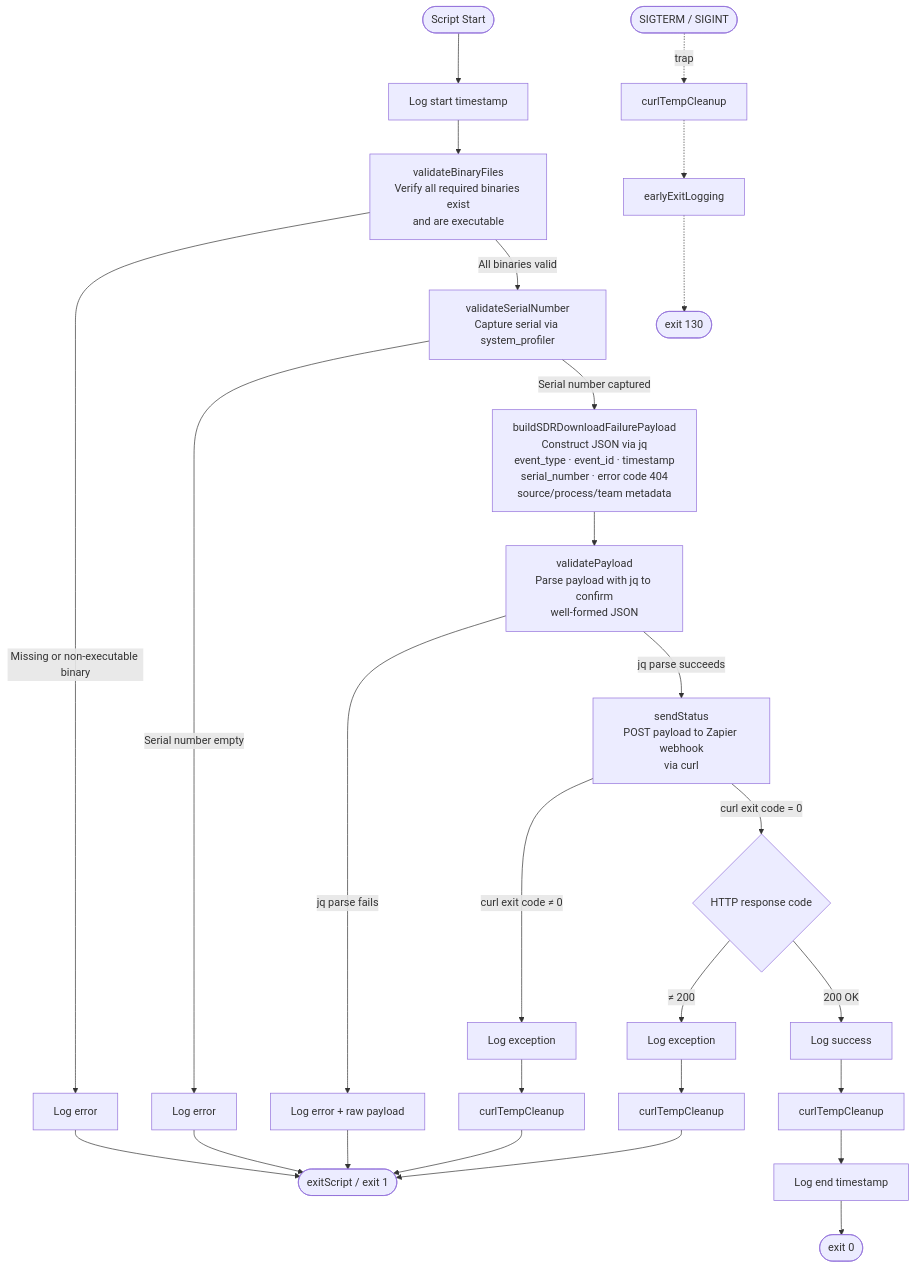
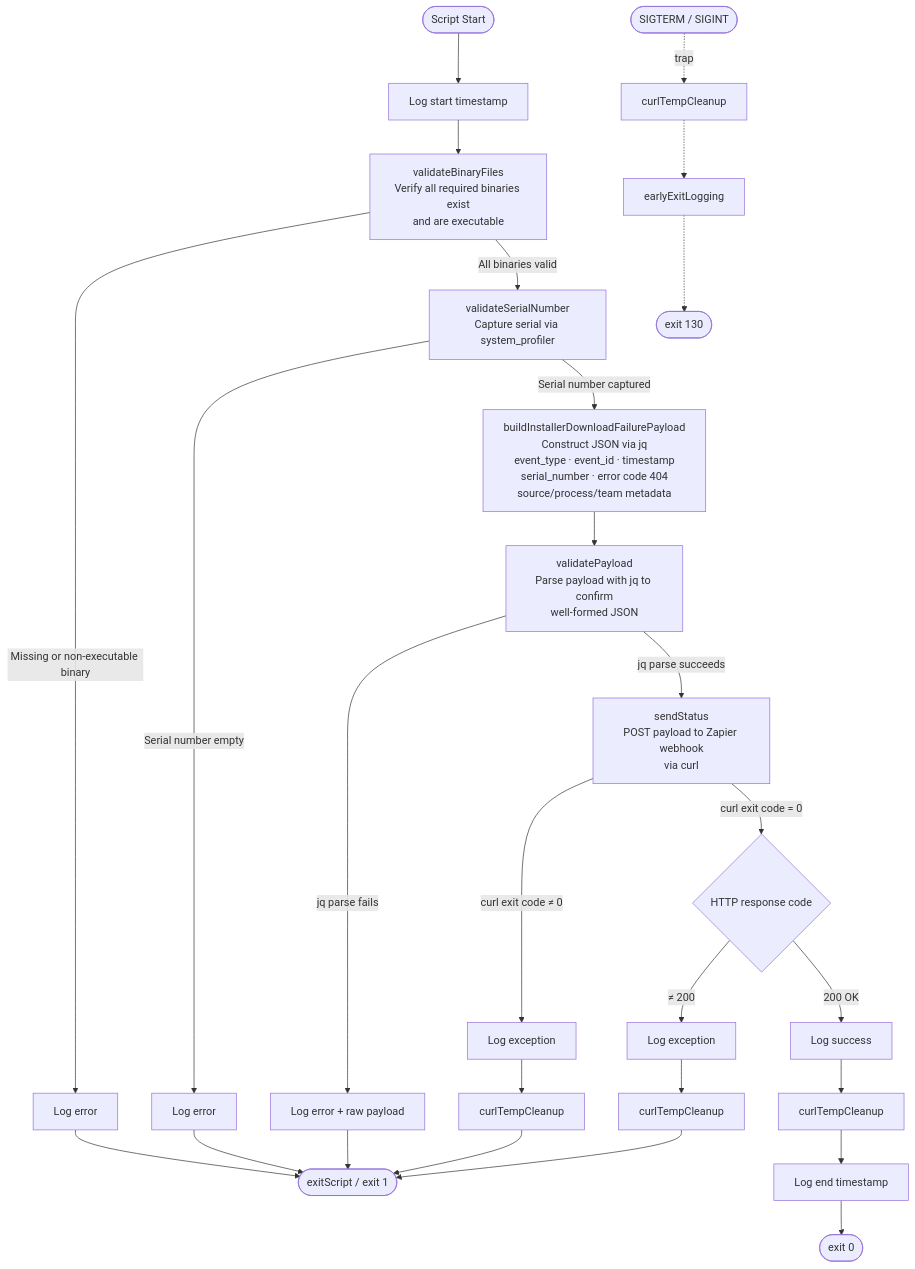
Before and after one commit to javales/standard-device-setup-event-webhook: the diagram in README.md, drawn with Mermaid. The commit also changed other lines of this file and 1 other file, not shown here.

First line of the commit message:
Sanitize installer and org-specific references in script and README

````diff
--- a/README.md
+++ b/README.md
@@ -9,41 +9,41 @@
 ```mermaid
 flowchart TD
     START([Script Start]) --> LOG_START[Log start timestamp]
     LOG_START --> VAL_BIN[validateBinaryFiles\nVerify all required binaries exist\nand are executable]
 
     VAL_BIN -->|Missing or non-executable binary| ERR_BIN[Log error]
     ERR_BIN --> EXIT_ERR([exitScript / exit 1])
 
     VAL_BIN -->|All binaries valid| VAL_SN[validateSerialNumber\nCapture serial via system_profiler]
 
     VAL_SN -->|Serial number empty| ERR_SN[Log error]
     ERR_SN --> EXIT_ERR
 
-    VAL_SN -->|Serial number captured| BUILD[buildSDRDownloadFailurePayload\nConstruct JSON via jq\nevent_type · event_id · timestamp\nserial_number · error code 404\nsource/process/team metadata]
+    VAL_SN -->|Serial number captured| BUILD[buildInstallerDownloadFailurePayload\nConstruct JSON via jq\nevent_type · event_id · timestamp\nserial_number · error code 404\nsource/process/team metadata]
 
     BUILD --> VAL_PAY[validatePayload\nParse payload with jq to confirm\nwell-formed JSON]
 
     VAL_PAY -->|jq parse fails| ERR_PAY[Log error + raw payload]
     ERR_PAY --> EXIT_ERR
 
     VAL_PAY -->|jq parse succeeds| SEND[sendStatus\nPOST payload to Zapier webhook\nvia curl]
 
     SEND -->|curl exit code ≠ 0| ERR_CURL[Log exception]
     ERR_CURL --> CLEANUP_ERR[curlTempCleanup]
     CLEANUP_ERR --> EXIT_ERR
 
     SEND -->|curl exit code = 0| HTTP{HTTP response code}
 
     HTTP -->|≠ 200| ERR_HTTP[Log exception]
     ERR_HTTP --> CLEANUP_HTTP[curlTempCleanup]
     CLEANUP_HTTP --> EXIT_ERR
 
     HTTP -->|200 OK| SUCCESS[Log success]
     SUCCESS --> CLEANUP_OK[curlTempCleanup]
     CLEANUP_OK --> LOG_END[Log end timestamp]
     LOG_END --> EXIT_OK([exit 0])
 
     TRAP([SIGTERM / SIGINT]) -.->|trap| TRAP_CLEAN[curlTempCleanup]
     TRAP_CLEAN -.-> TRAP_LOG[earlyExitLogging]
     TRAP_LOG -.-> EXIT_TRAP([exit 130])
 ```
````
